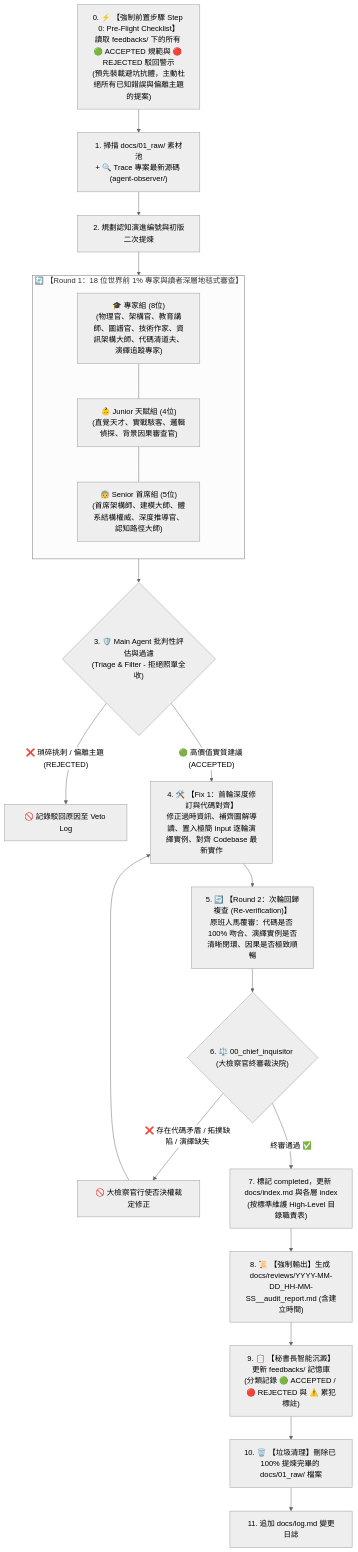
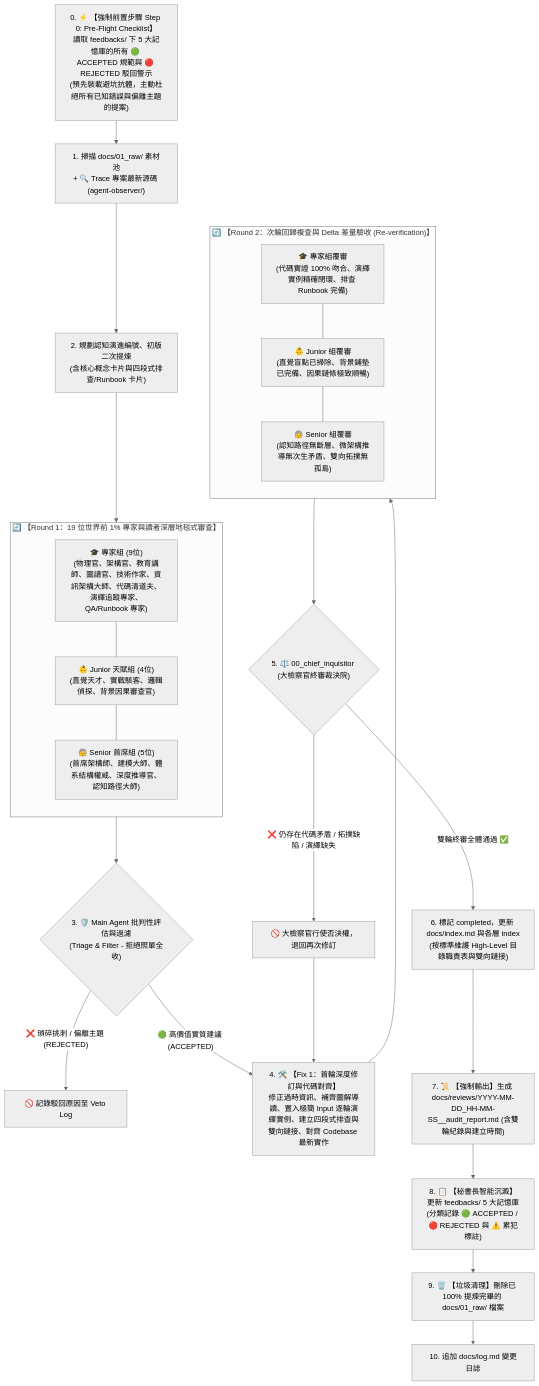
The diagram in .agents/skills/wiki-distiller/SKILL.md (daniel-yang1739/Hemidall), drawn with Mermaid (neutral theme) before and after one commit. The commit also changed other lines of this file and 4 other files, not shown here.

Commit message:
feat(skill): add QA & Runbook expert and explicit Two-Round adversarial review loop (v0.8.0)

````diff
--- a/.agents/skills/wiki-distiller/SKILL.md
+++ b/.agents/skills/wiki-distiller/SKILL.md
@@ -30,33 +33,40 @@
 ```mermaid
 flowchart TD
-    Start["0. ⚡ 【強制前置步驟 Step 0: Pre-Flight Checklist】<br/>讀取 feedbacks/ 下的所有 🟢 ACCEPTED 規範與 🔴 REJECTED 駁回警示<br/>(預先裝載避坑抗體，主動杜絕所有已知錯誤與偏離主題的提案)"] --> A
+    Start["0. ⚡ 【強制前置步驟 Step 0: Pre-Flight Checklist】<br/>讀取 feedbacks/ 下 5 大記憶庫的所有 🟢 ACCEPTED 規範與 🔴 REJECTED 駁回警示<br/>(預先裝載避坑抗體，主動杜絕所有已知錯誤與偏離主題的提案)"] --> A
     
-    A["1. 掃描 docs/01_raw/ 素材池<br/>+ 🔍 Trace 專案最新源碼 (agent-observer/)"] --> B["2. 規劃認知演進編號與初版二次提煉"]
+    A["1. 掃描 docs/01_raw/ 素材池<br/>+ 🔍 Trace 專案最新源碼 (agent-observer/)"] --> B["2. 規劃認知演進編號、初版二次提煉<br/>(含核心概念卡片與四段式排查/Runbook 卡片)"]
     
-    subgraph Round1 ["🔄 【Round 1：18 位世界前 1% 專家與讀者深層地毯式審查】"]
+    subgraph Round1 ["🔄 【Round 1：19 位世界前 1% 專家與讀者深層地毯式審查】"]
         direction TB
-        R1A["🎓 專家組 (8位)<br/>(物理官、架構官、教育講師、圖譜官、技術作家、資訊架構大師、代碼清道夫、演繹追蹤專家)"]
+        R1A["🎓 專家組 (9位)<br/>(物理官、架構官、教育講師、圖譜官、技術作家、資訊架構大師、代碼清道夫、演繹追蹤專家、QA/Runbook 專家)"]
         R1B["👶 Junior 天賦組 (4位)<br/>(直覺天才、實戰駭客、邏輯偵探、背景因果審查官)"]
         R1C["🧓 Senior 首席組 (5位)<br/>(首席架構師、建模大師、體系結構權威、深度推導官、認知路徑大師)"]
         R1A --- R1B --- R1C
     end
     
     B --> Round1
     Round1 --> C{"3. 🛡️ Main Agent 批判性評估與過濾<br/>(Triage & Filter - 拒絕照單全收)"}
     C -- "❌ 瑣碎挑刺 / 偏離主題 (REJECTED)" --> D1["🚫 記錄駁回原因至 Veto Log"]
-    C -- "🟢 高價值實質建議 (ACCEPTED)" --> D2["4. 🛠️ 【Fix 1：首輪深度修訂與代碼對齊】<br/>修正過時資訊、補齊圖解導讀、置入極簡 Input 逐輪演繹實例、對齊 Codebase 最新實作"]
+    C -- "🟢 高價值實質建議 (ACCEPTED)" --> D2["4. 🛠️ 【Fix 1：首輪深度修訂與代碼對齊】<br/>修正過時資訊、補齊圖解導讀、置入極簡 Input 逐輪演繹實例、建立四段式排查與雙向鏈接、對齊 Codebase 最新實作"]
     
-    D2 --> E["5. 🔄 【Round 2：次輪回歸複查 (Re-verification)】<br/>原班人馬覆審：代碼是否 100% 吻合、演繹實例是否清晰閉環、因果是否極致順暢"]
+    subgraph Round2 ["🔄 【Round 2：次輪回歸複查與 Delta 差量驗收 (Re-verification)】"]
+        direction TB
+        R2A["🎓 專家組覆審<br/>(代碼實證 100% 吻合、演繹實例精確閉環、排查 Runbook 完備)"]
+        R2B["👶 Junior 組覆審<br/>(直覺盲點已掃除、背景鋪墊已完備、因果鏈條極致順暢)"]
+        R2C["🧓 Senior 組覆審<br/>(認知路徑無斷層、微架構推導無次生矛盾、雙向拓撲無孤島)"]
+        R2A --- R2B --- R2C
+    end
     
-    E --> F{"6. ⚖️ 00_chief_inquisitor (大檢察官終審裁決院)"}
-    F -- "❌ 存在代碼矛盾 / 拓撲缺陷 / 演繹缺失" --> G1["🚫 大檢察官行使否決權裁定修正"]
+    D2 --> Round2
+    Round2 --> E{"5. ⚖️ 00_chief_inquisitor (大檢察官終審裁決院)"}
+    E -- "❌ 仍存在代碼矛盾 / 拓撲缺陷 / 演繹缺失" --> G1["🚫 大檢察官行使否決權，退回再次修訂"]
     G1 --> D2
-    F -- "終審通過 ✅" --> G2["7. 標記 completed，更新 docs/index.md 與各層 index<br/>(按標準維護 High-Level 目錄職責表)"]
+    E -- "雙輪終審全體通過 ✅" --> G2["6. 標記 completed，更新 docs/index.md 與各層 index<br/>(按標準維護 High-Level 目錄職責表與雙向鏈接)"]
     
-    G2 --> H["8. 📜 【強制輸出】生成 docs/reviews/YYYY-MM-DD_HH-MM-SS_<topic>_audit_report.md (含建立時間)"]
+    G2 --> H["7. 📜 【強制輸出】生成 docs/reviews/YYYY-MM-DD_HH-MM-SS_<topic>_audit_report.md (含雙輪紀錄與建立時間)"]
     
-    H --> I["9. 📋 【秘書長智能沉澱】更新 feedbacks/ 記憶庫<br/>(分類記錄 🟢 ACCEPTED / 🔴 REJECTED 與 ⚠️ 累犯標註)"]
+    H --> I["8. 📋 【秘書長智能沉澱】更新 feedbacks/ 5 大記憶庫<br/>(分類記錄 🟢 ACCEPTED / 🔴 REJECTED 與 ⚠️ 累犯標註)"]
     
-    I --> J["10. 🗑️ 【垃圾清理】刪除已 100% 提煉完畢的 docs/01_raw/ 檔案"]
-    J --> K["11. 追加 docs/log.md 變更日誌"]
+    I --> J["9. 🗑️ 【垃圾清理】刪除已 100% 提煉完畢的 docs/01_raw/ 檔案"]
+    J --> K["10. 追加 docs/log.md 變更日誌"]
 ```
````
